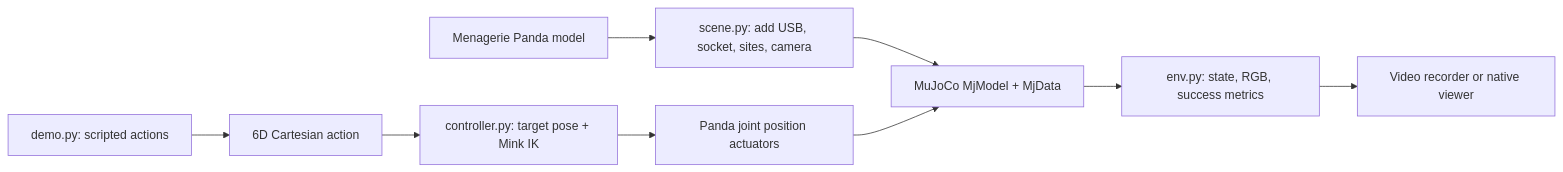
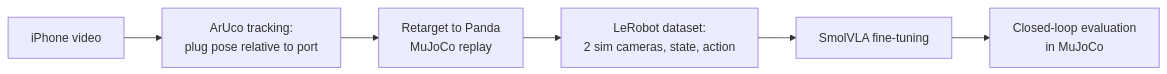
Before and after one commit to 1clarkj/MimicVLA: the diagram in README.md, drawn with Mermaid. The commit also changed other lines of this file and 36 other files, not shown here.

````diff
--- a/README.md
+++ b/README.md
@@ -32,11 +13,8 @@
 ```mermaid
 flowchart LR
-    A[Menagerie Panda model] --> B[scene.py: add USB, socket, sites, camera]
-    B --> C[MuJoCo MjModel + MjData]
-    D[6D Cartesian action] --> E[controller.py: target pose + Mink IK]
-    E --> F[Panda joint position actuators]
-    F --> C
-    C --> G[env.py: state, RGB, success metrics]
-    H[demo.py: scripted actions] --> D
-    G --> I[Video recorder or native viewer]
+    A[iPhone video] --> B[ArUco tracking:<br>plug pose relative to port]
+    B --> C[Retarget to Panda<br>MuJoCo replay]
+    C --> D[LeRobot dataset:<br>2 sim cameras, state, action]
+    D --> E[SmolVLA fine-tuning]
+    E --> F[Closed-loop evaluation<br>in MuJoCo]
 ```
````
